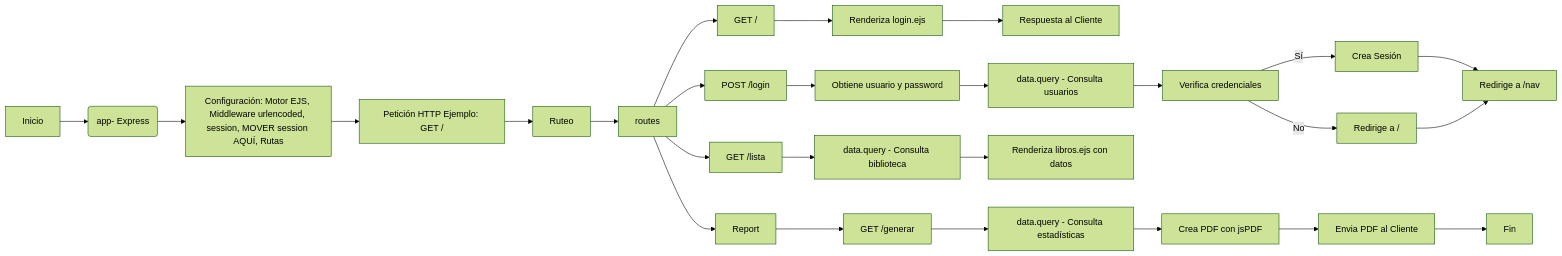
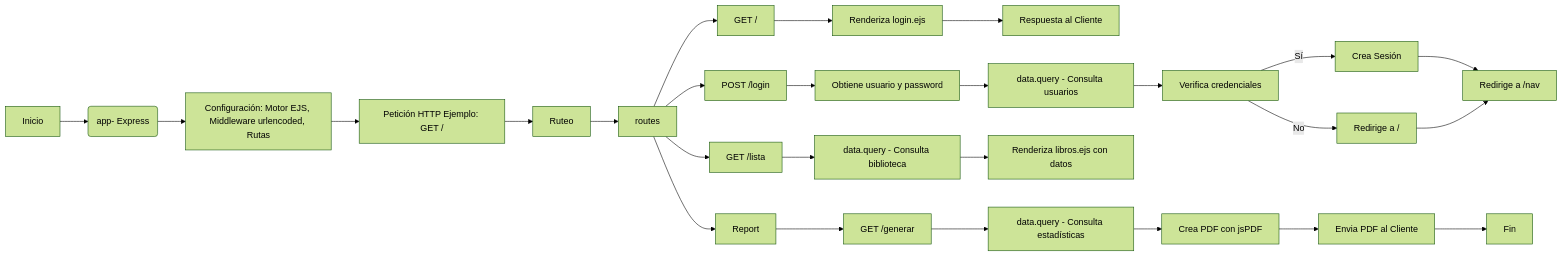
Before and after one commit to michaelcele/proyecto: the first of 2 diagrams in README.md, drawn with Mermaid (forest theme).

````diff
--- a/README.md
+++ b/README.md
@@ -4,28 +4,28 @@
 ```mermaid
 graph LR
 A[Inicio] --> B(app- Express);
-B --> C[Configuración: Motor EJS, Middleware urlencoded, session, MOVER session AQUÍ, Rutas];
+B --> C[Configuración: Motor EJS, Middleware urlencoded, Rutas];
 C --> D[Petición HTTP Ejemplo: GET /];
 D --> E[Ruteo];
 E --> F[routes];
 F --> G[GET /];
 G --> H[Renderiza login.ejs];
 H --> I[Respuesta al Cliente];
 F --> J[POST /login];
 J --> K[Obtiene usuario y password];
 K --> L[data.query - Consulta usuarios];
 L --> M[Verifica credenciales];
 M -- Sí --> N[Crea Sesión];
 M -- No --> O[Redirige a /];
 N --> P[Redirige a /nav];
 O --> P;
 F --> Q[GET /lista];
 Q --> R[data.query - Consulta biblioteca];
 R --> S[Renderiza libros.ejs con datos];
 F --> U[Report];
 U --> V[GET /generar];
 V --> W[data.query - Consulta estadísticas];
 W --> X[Crea PDF con jsPDF];
 X --> Y[Envia PDF al Cliente];
 Y --> Z[Fin];
 ```
````
